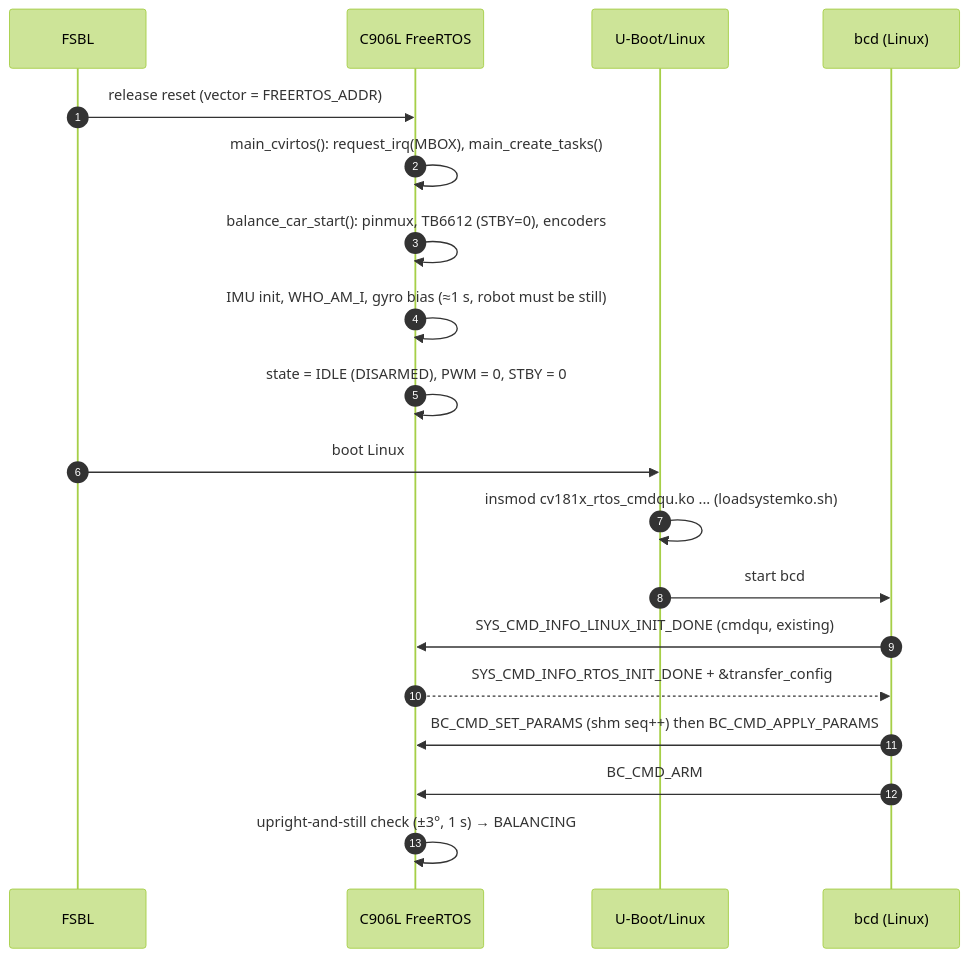
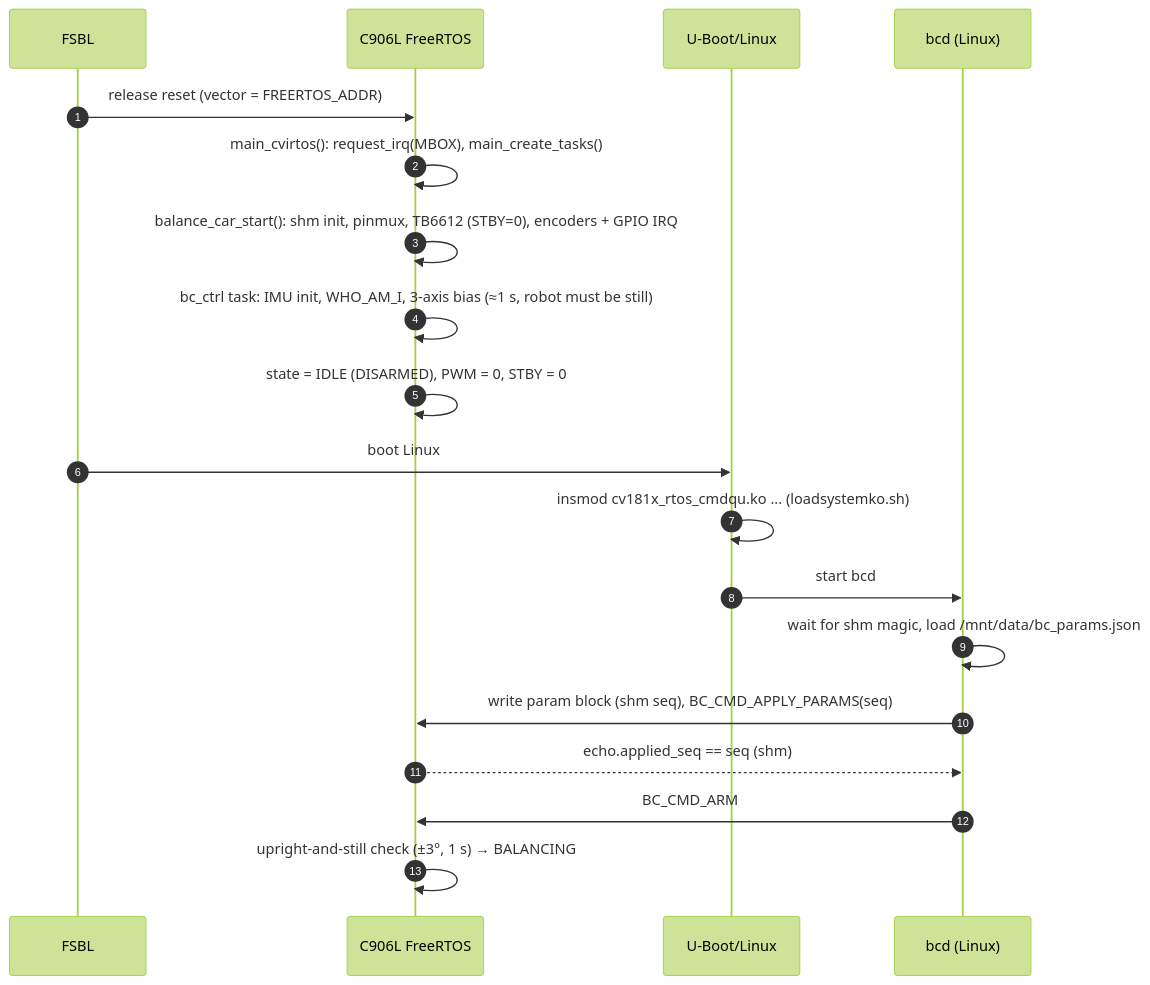
One commit to vanbuong/duo-buildroot-sdk-v2 changed the second of 3 diagrams in docs/balance_car/01-system-architecture.md. Above: the diagram before and after it, drawn with Mermaid (forest theme). The commit also changed other lines of this file and 8 other files, not shown here.

First line of the commit message:
balance_car: restart cadence after calibration; docs and READMEs updated to implemented state

````diff
--- a/docs/balance_car/01-system-architecture.md
+++ b/docs/balance_car/01-system-architecture.md
@@ -145,21 +148,21 @@
 ```mermaid
 sequenceDiagram
   autonumber
   participant FSBL
   participant RTOS as C906L FreeRTOS
   participant U as U-Boot/Linux
   participant BCD as bcd (Linux)
   FSBL->>RTOS: release reset (vector = FREERTOS_ADDR)
   RTOS->>RTOS: main_cvirtos(): request_irq(MBOX), main_create_tasks()
-  RTOS->>RTOS: balance_car_start(): pinmux, TB6612 (STBY=0), encoders
-  RTOS->>RTOS: IMU init, WHO_AM_I, gyro bias (≈1 s, robot must be still)
+  RTOS->>RTOS: balance_car_start(): shm init, pinmux, TB6612 (STBY=0), encoders + GPIO IRQ
+  RTOS->>RTOS: bc_ctrl task: IMU init, WHO_AM_I, 3-axis bias (≈1 s, robot must be still)
   RTOS->>RTOS: state = IDLE (DISARMED), PWM = 0, STBY = 0
   FSBL->>U: boot Linux
   U->>U: insmod cv181x_rtos_cmdqu.ko ... (loadsystemko.sh)
   U->>BCD: start bcd
-  BCD->>RTOS: SYS_CMD_INFO_LINUX_INIT_DONE (cmdqu, existing)
-  RTOS-->>BCD: SYS_CMD_INFO_RTOS_INIT_DONE + &transfer_config
-  BCD->>RTOS: BC_CMD_SET_PARAMS (shm seq++) then BC_CMD_APPLY_PARAMS
+  BCD->>BCD: wait for shm magic, load /mnt/data/bc_params.json
+  BCD->>RTOS: write param block (shm seq), BC_CMD_APPLY_PARAMS(seq)
+  RTOS-->>BCD: echo.applied_seq == seq (shm)
   BCD->>RTOS: BC_CMD_ARM
   RTOS->>RTOS: upright-and-still check (±3°, 1 s) → BALANCING
 ```
````
